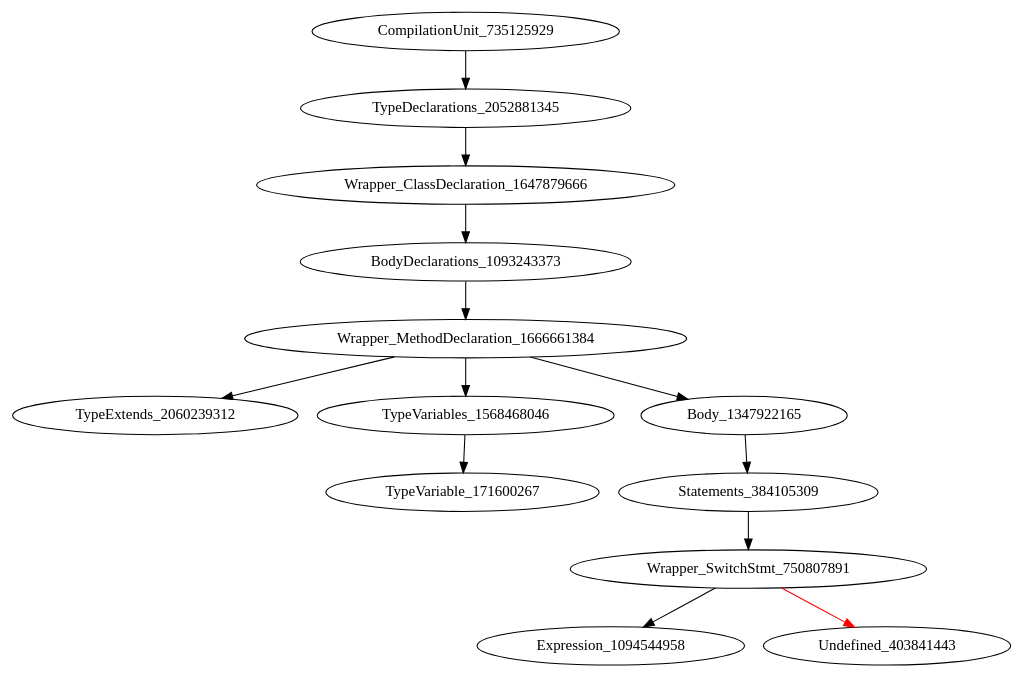
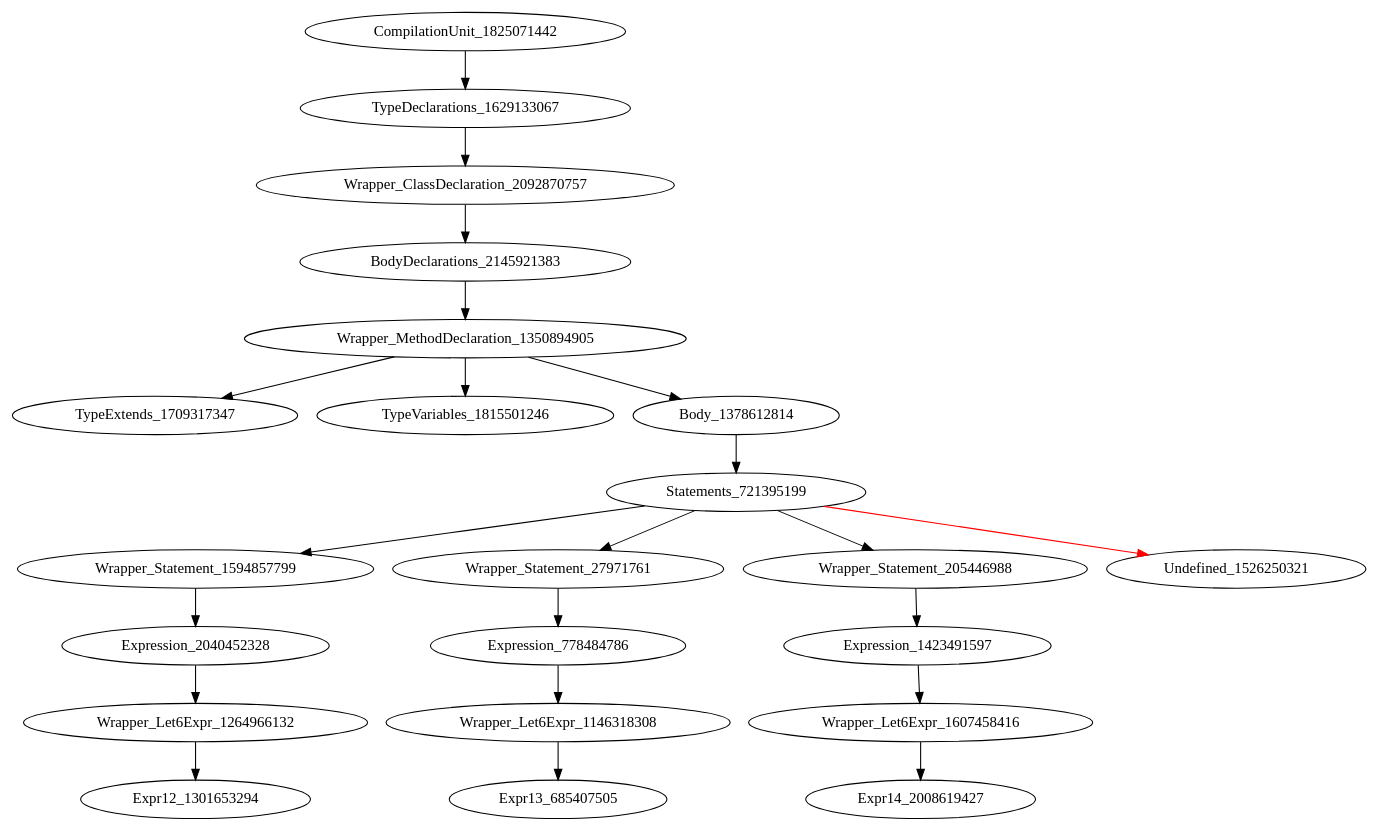
Before and after one commit to icse2023material/VoiceJava: the diagram in holeAST.dot, drawn with Graphviz. The commit also changed 7 other files, not shown here.

```diff
--- a/holeAST.dot
+++ b/holeAST.dot
@@ -1,14 +1,23 @@
 digraph {
-CompilationUnit_735125929 -> TypeDeclarations_2052881345
-TypeDeclarations_2052881345 -> Wrapper_ClassDeclaration_1647879666
-Wrapper_ClassDeclaration_1647879666 -> BodyDeclarations_1093243373
-BodyDeclarations_1093243373 -> Wrapper_MethodDeclaration_1666661384
-Wrapper_MethodDeclaration_1666661384 -> TypeExtends_2060239312
-Wrapper_MethodDeclaration_1666661384 -> TypeVariables_1568468046
-Wrapper_MethodDeclaration_1666661384 -> Body_1347922165
-TypeVariables_1568468046 -> TypeVariable_171600267
-Body_1347922165 -> Statements_384105309
-Statements_384105309 -> Wrapper_SwitchStmt_750807891
-Wrapper_SwitchStmt_750807891 -> Expression_1094544958
-Wrapper_SwitchStmt_750807891 -> Undefined_403841443 [color = red] 
+CompilationUnit_1825071442 -> TypeDeclarations_1629133067
+TypeDeclarations_1629133067 -> Wrapper_ClassDeclaration_2092870757
+Wrapper_ClassDeclaration_2092870757 -> BodyDeclarations_2145921383
+BodyDeclarations_2145921383 -> Wrapper_MethodDeclaration_1350894905
+Wrapper_MethodDeclaration_1350894905 -> TypeExtends_1709317347
+Wrapper_MethodDeclaration_1350894905 -> TypeVariables_1815501246
+Wrapper_MethodDeclaration_1350894905 -> Body_1378612814
+Body_1378612814 -> Statements_721395199
+Statements_721395199 -> Wrapper_Statement_1594857799
+Statements_721395199 -> Wrapper_Statement_27971761
+Statements_721395199 -> Wrapper_Statement_205446988
+Statements_721395199 -> Undefined_1526250321 [color = red] 
+Wrapper_Statement_1594857799 -> Expression_2040452328
+Wrapper_Statement_27971761 -> Expression_778484786
+Wrapper_Statement_205446988 -> Expression_1423491597
+Expression_2040452328 -> Wrapper_Let6Expr_1264966132
+Expression_778484786 -> Wrapper_Let6Expr_1146318308
+Expression_1423491597 -> Wrapper_Let6Expr_1607458416
+Wrapper_Let6Expr_1264966132 -> Expr12_1301653294
+Wrapper_Let6Expr_1146318308 -> Expr13_685407505
+Wrapper_Let6Expr_1607458416 -> Expr14_2008619427
 }
```
